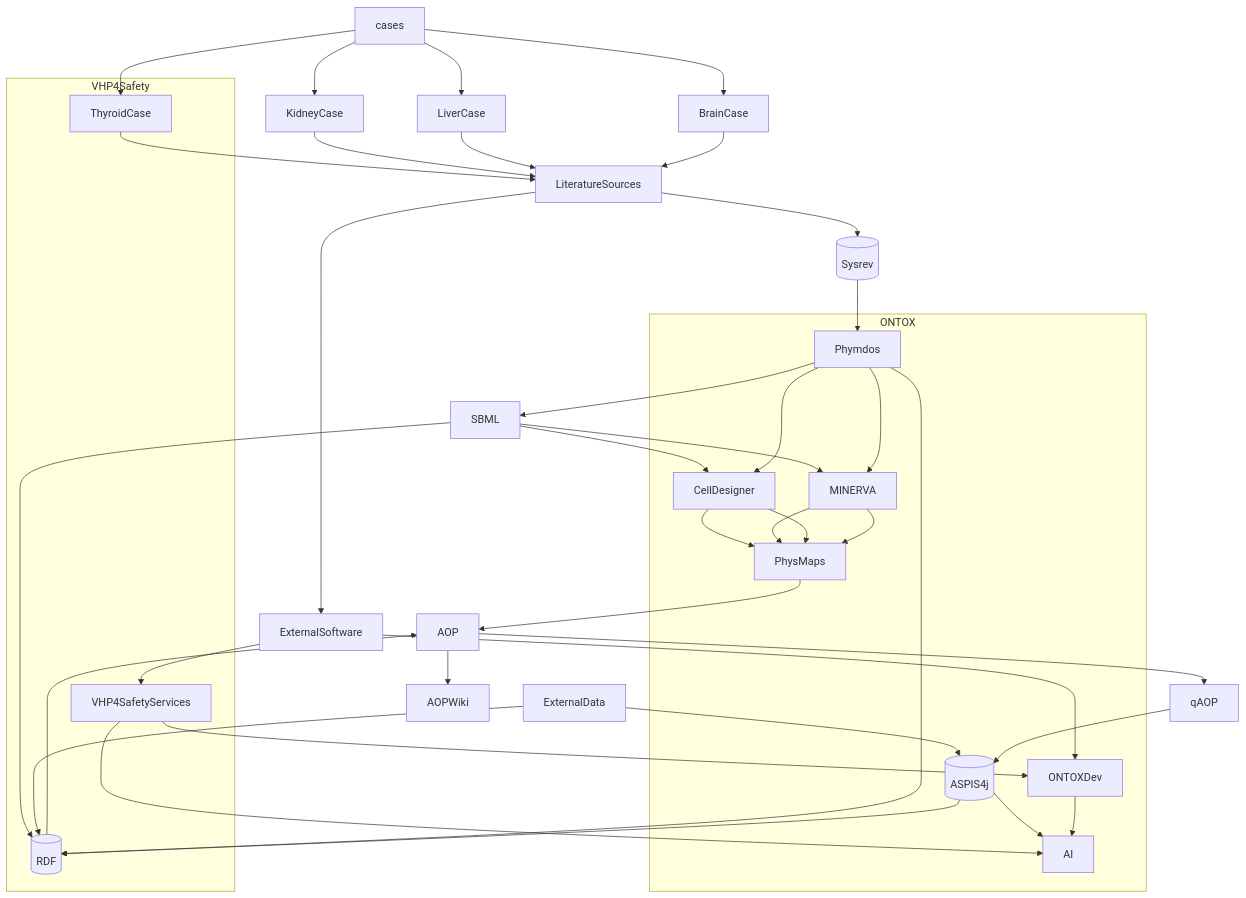
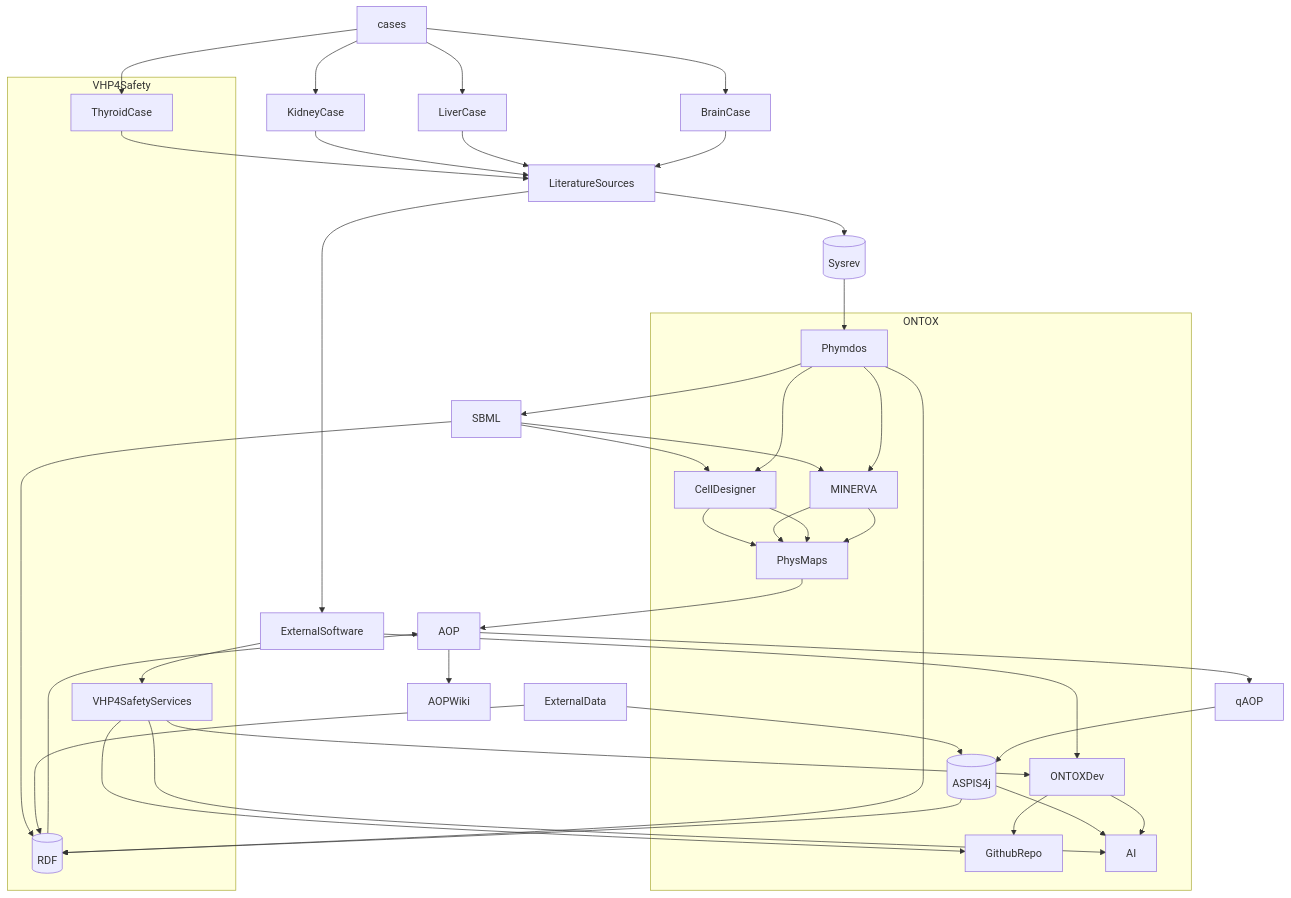
One commit to ontox-hu/workflows changed the diagram in ONTOX-vs-VHP4Safety.md. Above: the diagram before and after it, drawn with Mermaid.

````diff
--- a/ONTOX-vs-VHP4Safety.md
+++ b/ONTOX-vs-VHP4Safety.md
@@ -1,63 +1,66 @@
 ```mermaid
 flowchart TB
 
     cases-->KidneyCase
     cases-->LiverCase
     cases-->BrainCase
     cases-->ThyroidCase
     
     KidneyCase-->LiteratureSources
     LiverCase-->LiteratureSources
     BrainCase-->LiteratureSources
     ThyroidCase-->LiteratureSources
     LiteratureSources-->Sysrev[(Sysrev)]
     Sysrev[(Sysrev)]-->Phymdos
     Phymdos-->SBML
     SBML-->CellDesigner
     SBML-->MINERVA
     SBML-->RDF[(RDF)]
     CellDesigner-->PhysMaps
     MINERVA-->PhysMaps
     PhysMaps-->AOP
     
  %%%%%%%%%%%%%%%%%%%%%%%%%%%%%%%
  
     subgraph ONTOX
     
     ONTOXDev
+    ONTOXDev-->GithubRepo
     Phymdos-->MINERVA
     Phymdos-->CellDesigner
     CellDesigner-->PhysMaps
     MINERVA-->PhysMaps
     ASPIS4j[(ASPIS4j)]-->AI
     
     end
  
  %%%%%%%%%%%%%%%%%%%%%%%%%%%%%%%%
  
     subgraph VHP4Safety
     
     ThyroidCase 
     Phymdos-->RDF[(RDF)]
     VHP4SafetyServices
     VHP4SafetyServices-->AI
     ONTOXDev-->AI
+    VHP4SafetyServices-->GithubRepo
+    
     
     end
     
  %%%%%%%%%%%%%%%%%%%%%%%%%%%%%%%%%%
  
     RDF[(RDF)]-->AOP
     AOP-->AOPWiki
     VHP4SafetyServices-->ONTOXDev
     AOP-->qAOP
     LiteratureSources-->ExternalSoftware
     ExternalSoftware-->VHP4SafetyServices
     ExternalSoftware-->ONTOXDev
     ExternalData-->ASPIS4j[(ASPIS4j)]
     qAOP-->ASPIS4j[(ASPIS4j)]
     ASPIS4j[(ASPIS4j)]-->RDF[(RDF)]
     ExternalData-->RDF[(RDF)]
     
     
 ```
````
